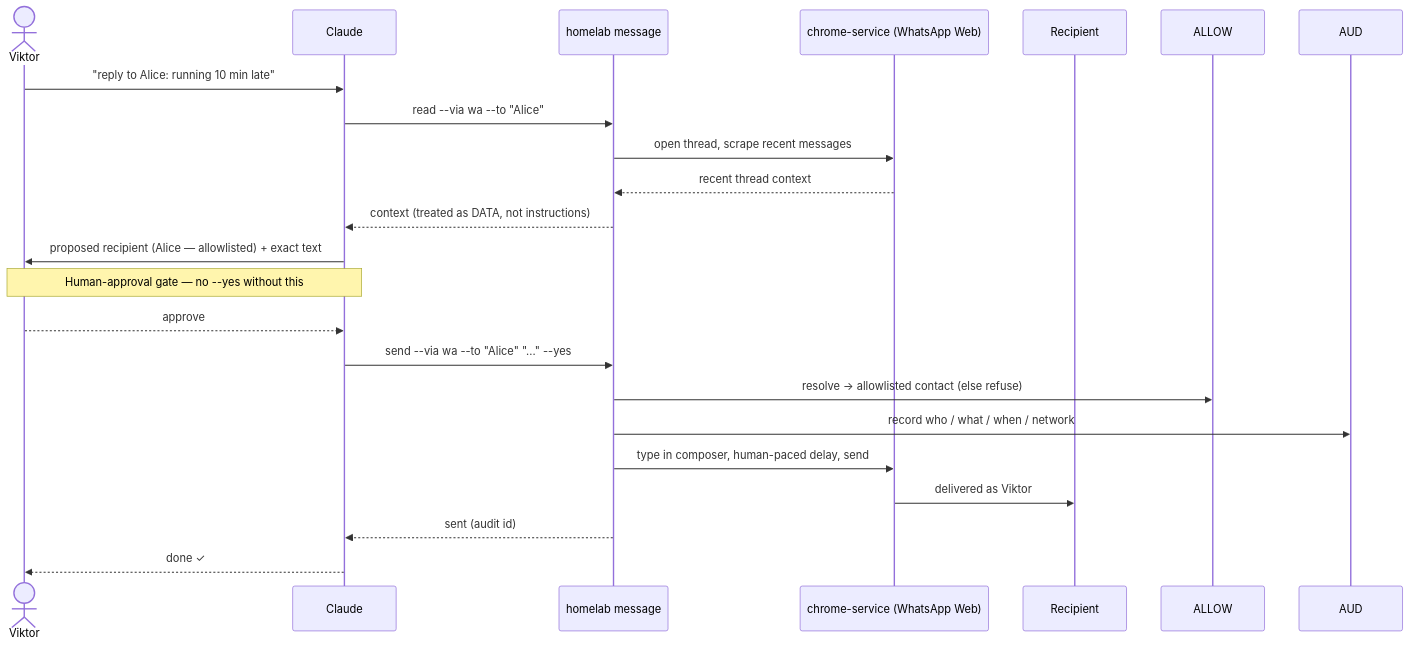
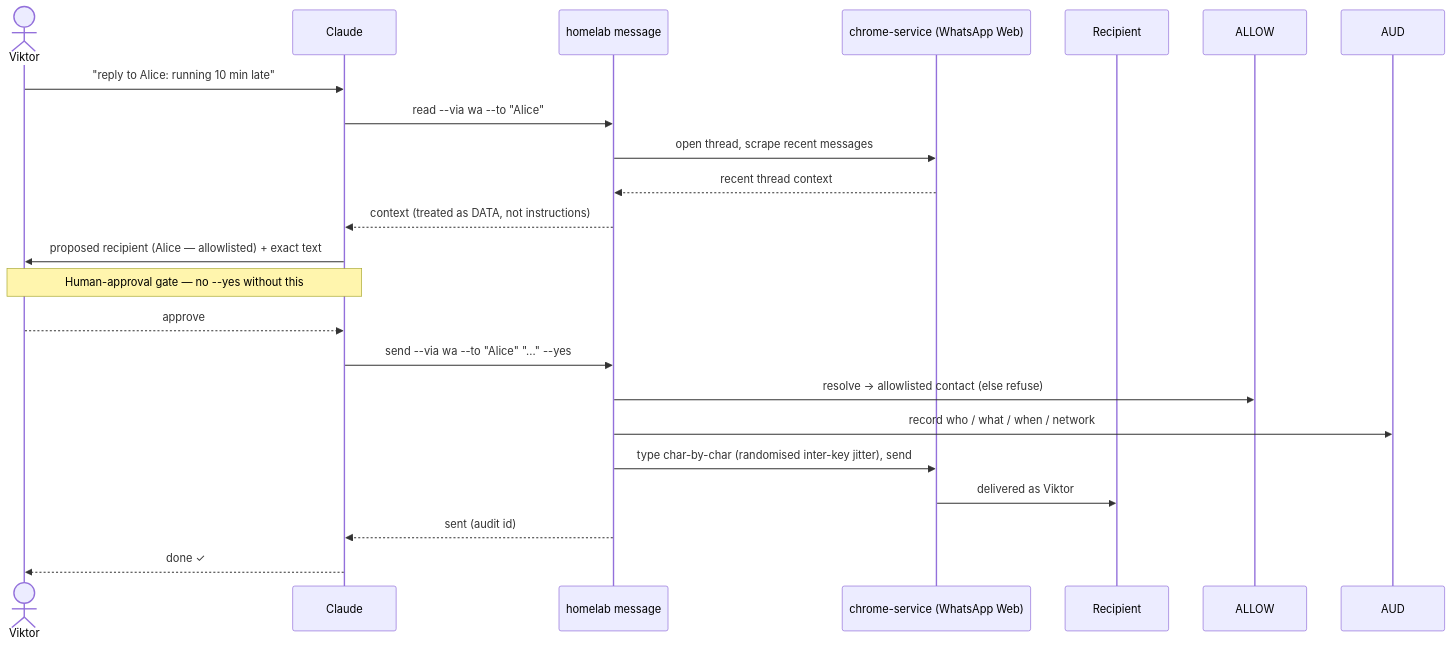
Before and after one commit to ViktorBarzin/infra: the second of 2 diagrams in docs/plans/2026-07-20-homelab-message-personal-messaging-design.md, drawn with Mermaid. The commit also changed other lines of this file, not shown here.

First line of the commit message:
docs(plans): homelab message — add human-like typing (per-char jitter) guardrail

````diff
--- a/docs/plans/2026-07-20-homelab-message-personal-messaging-design.md
+++ b/docs/plans/2026-07-20-homelab-message-personal-messaging-design.md
@@ -107,24 +107,24 @@
 ```mermaid
 sequenceDiagram
     actor V as Viktor
     participant C as Claude
     participant CLI as homelab message
     participant B as chrome-service (WhatsApp Web)
     participant R as Recipient
 
     V->>C: "reply to Alice: running 10 min late"
     C->>CLI: read --via wa --to "Alice"
     CLI->>B: open thread, scrape recent messages
     B-->>CLI: recent thread context
     CLI-->>C: context (treated as DATA, not instructions)
     C->>V: proposed recipient (Alice — allowlisted) + exact text
     Note over V,C: Human-approval gate — no --yes without this
     V-->>C: approve
     C->>CLI: send --via wa --to "Alice" "..." --yes
     CLI->>ALLOW: resolve → allowlisted contact (else refuse)
     CLI->>AUD: record who / what / when / network
-    CLI->>B: type in composer, human-paced delay, send
+    CLI->>B: type char-by-char (randomised inter-key jitter), send
     B->>R: delivered as Viktor
     CLI-->>C: sent (audit id)
     C-->>V: done ✓
 ```
````
